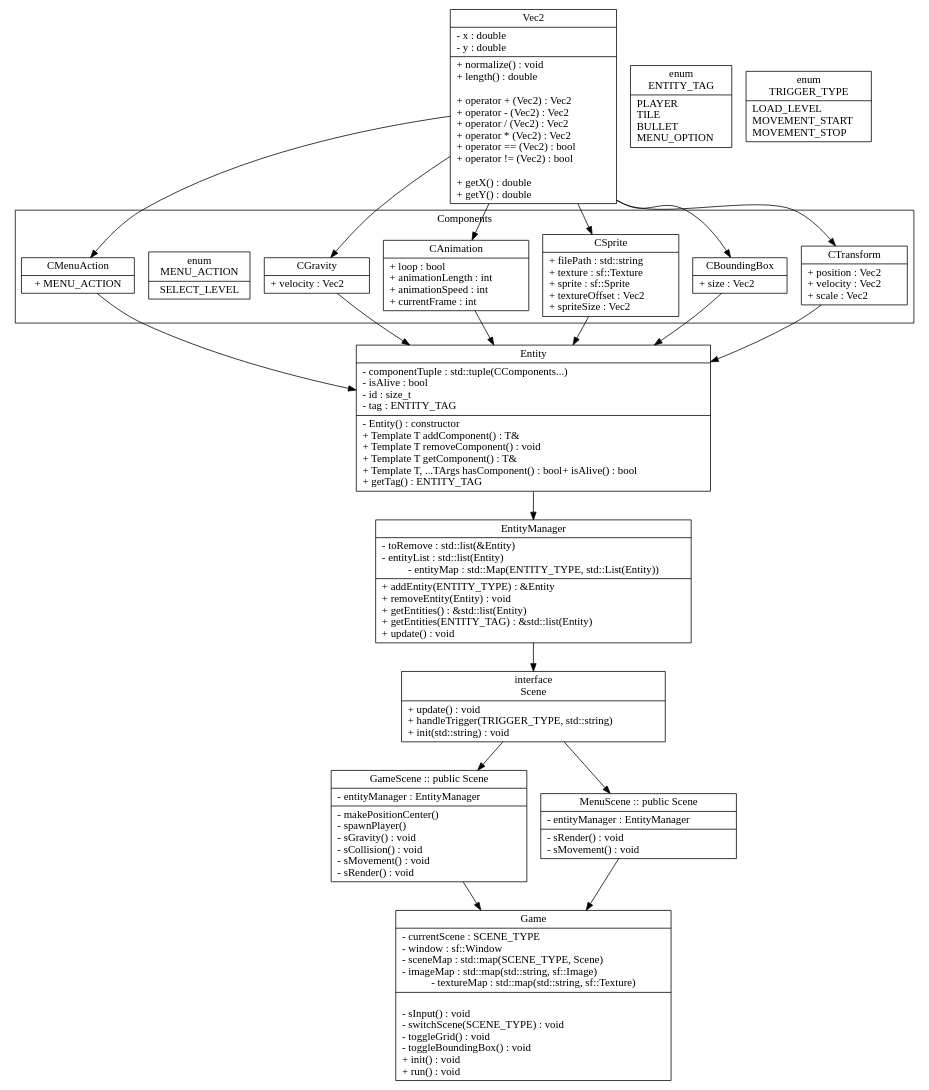
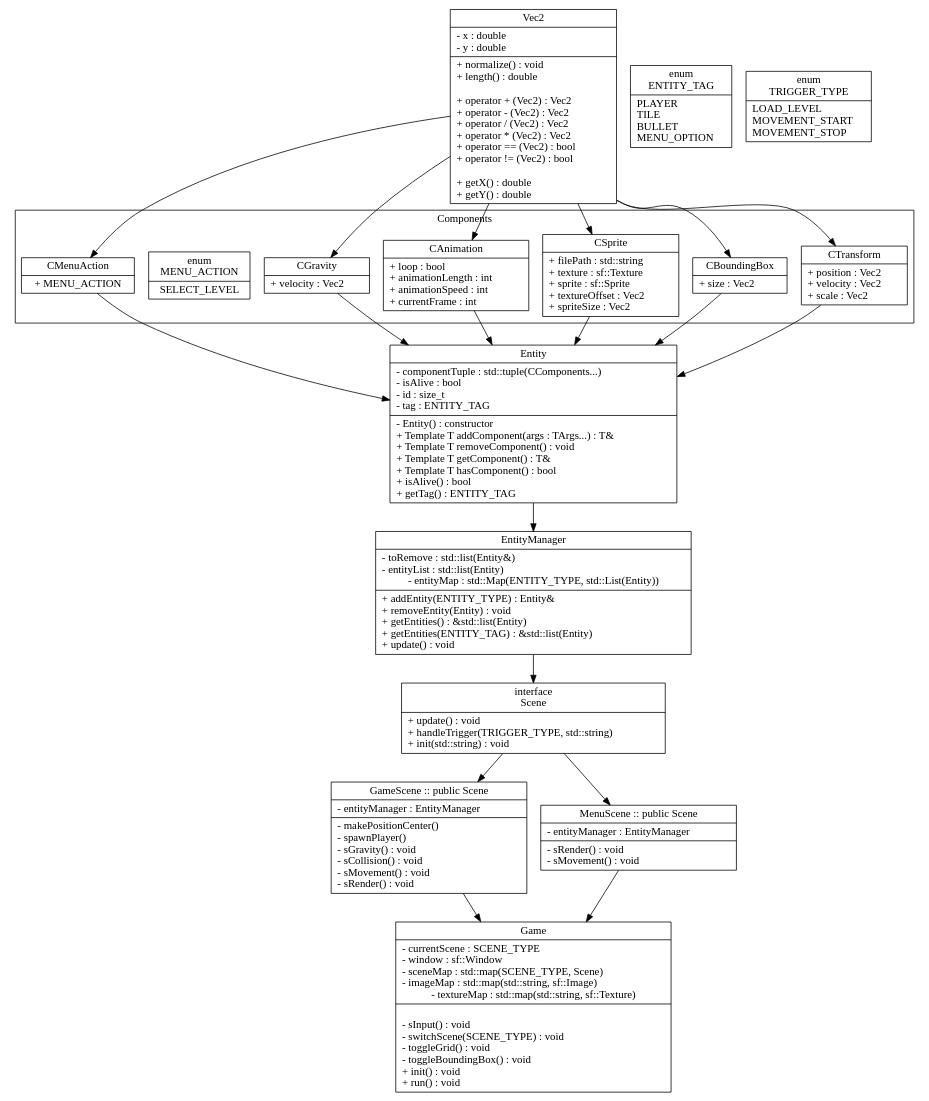
One commit to PumpkinBrain/platformer-game changed the diagram in docs/graphs/classes.dot. Above: the diagram before and after it, drawn with Graphviz. The commit also changed 3 other files, not shown here.

Commit message:
updated test and architecture documentations

```diff
--- a/docs/graphs/classes.dot
+++ b/docs/graphs/classes.dot
@@ -123,10 +123,10 @@
 			- id : size_t\l
 			- tag : ENTITY_TAG\l|
 			- Entity() : constructor\l
-			+ Template T addComponent() : T&\l
+			+ Template T addComponent(args : TArgs...) : T&\l
 			+ Template T removeComponent() : void\l
 			+ Template T getComponent() : T&\l
-			+ Template T, ...TArgs hasComponent() : bool
+			+ Template T hasComponent() : bool\l
 			+ isAlive() : bool\l
 			+ getTag() :  ENTITY_TAG\l
 		}"
@@ -137,10 +137,10 @@
 		label=
 		"{
 			EntityManager|
-			- toRemove : std::list(&Entity)\l
+			- toRemove : std::list(Entity&)\l
 			- entityList : std::list(Entity)\l
 			- entityMap : std::Map(ENTITY_TYPE, std::List(Entity))|
-			+ addEntity(ENTITY_TYPE) : &Entity\l
+			+ addEntity(ENTITY_TYPE) : Entity&\l
 			+ removeEntity(Entity) : void\l
 			+ getEntities() : &std::list(Entity)\l
 			+ getEntities(ENTITY_TAG) : &std::list(Entity)\l
```
